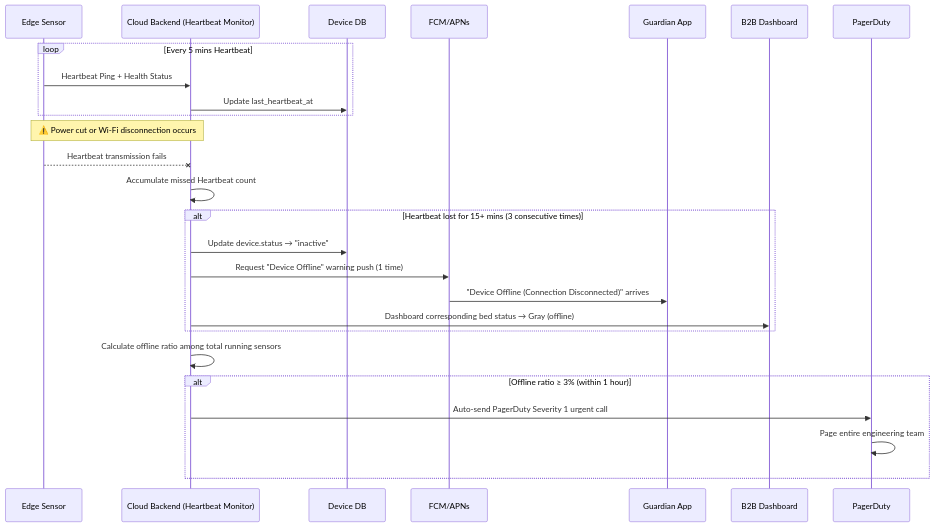
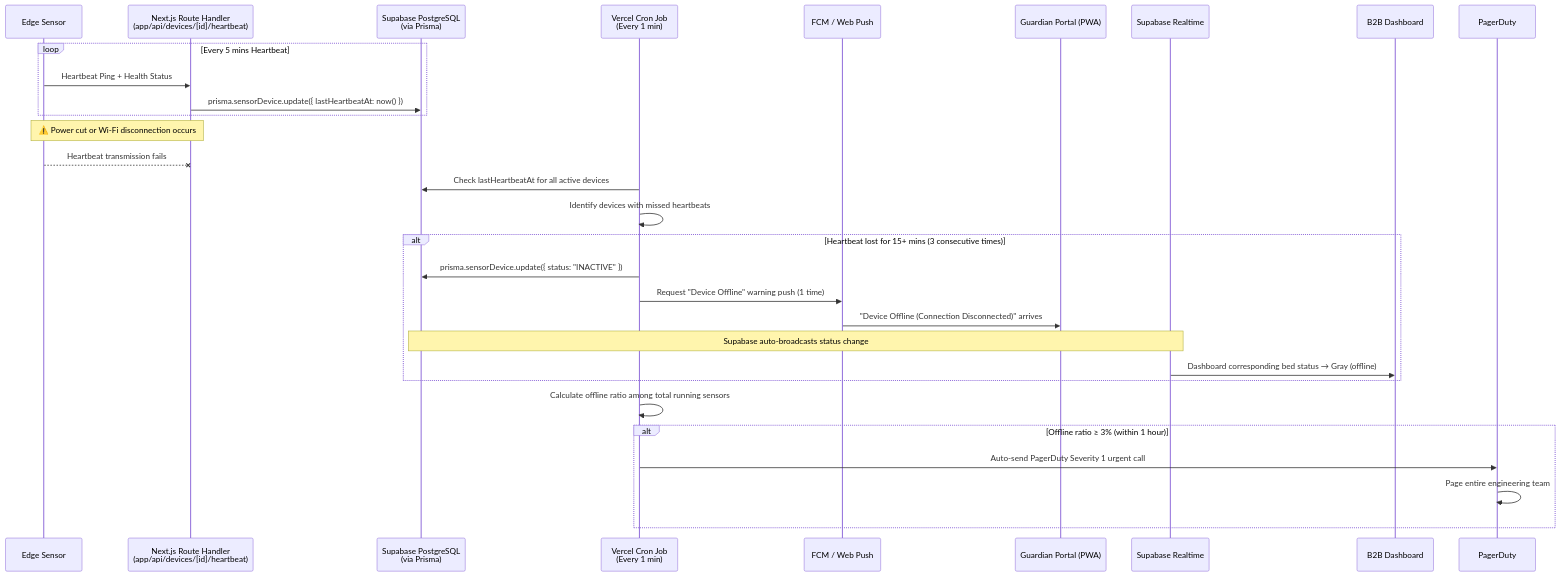
One commit to bugsmile/SRS-from-PRD_AmbieCARE changed the tenth of 11 diagrams in SRS-Draft/SRS_v01(ENG_OPUS).md. Above: the diagram before and after it, drawn with Mermaid. The commit also changed other lines of this file and 4 other files, not shown here.

````diff
--- a/SRS-Draft/SRS_v01(ENG_OPUS).md
+++ b/SRS-Draft/SRS_v01(ENG_OPUS).md
@@ -890,35 +1089,39 @@
 ```mermaid
 sequenceDiagram
     participant S as Edge Sensor
-    participant C as Cloud Backend (Heartbeat Monitor)
-    participant DB as Device DB
-    participant P as FCM/APNs
-    participant GA as Guardian App
+    participant API as Next.js Route Handler<br/>(app/api/devices/[id]/heartbeat)
+    participant DB as Supabase PostgreSQL<br/>(via Prisma)
+    participant CRON as Vercel Cron Job<br/>(Every 1 min)
+    participant PUSH as FCM / Web Push
+    participant PWA as Guardian Portal (PWA)
+    participant RT as Supabase Realtime
     participant D as B2B Dashboard
     participant PD as PagerDuty
 
     loop Every 5 mins Heartbeat
-        S->>C: Heartbeat Ping + Health Status
-        C->>DB: Update last_heartbeat_at
+        S->>API: Heartbeat Ping + Health Status
+        API->>DB: prisma.sensorDevice.update({ lastHeartbeatAt: now() })
     end
 
-    Note over S,C: ⚠️ Power cut or Wi-Fi disconnection occurs
+    Note over S,API: ⚠️ Power cut or Wi-Fi disconnection occurs
 
-    S--xC: Heartbeat transmission fails
+    S--xAPI: Heartbeat transmission fails
 
-    C->>C: Accumulate missed Heartbeat count
+    CRON->>DB: Check lastHeartbeatAt for all active devices
+    CRON->>CRON: Identify devices with missed heartbeats
 
     alt Heartbeat lost for 15+ mins (3 consecutive times)
-        C->>DB: Update device.status → "inactive"
-        C->>P: Request "Device Offline" warning push (1 time)
-        P->>GA: "Device Offline (Connection Disconnected)" arrives
-        C->>D: Dashboard corresponding bed status → Gray (offline)
+        CRON->>DB: prisma.sensorDevice.update({ status: "INACTIVE" })
+        CRON->>PUSH: Request "Device Offline" warning push (1 time)
+        PUSH->>PWA: "Device Offline (Connection Disconnected)" arrives
+        Note over DB,RT: Supabase auto-broadcasts status change
+        RT->>D: Dashboard corresponding bed status → Gray (offline)
     end
 
-    C->>C: Calculate offline ratio among total running sensors
+    CRON->>CRON: Calculate offline ratio among total running sensors
 
     alt Offline ratio ≥ 3% (within 1 hour)
-        C->>PD: Auto-send PagerDuty Severity 1 urgent call
+        CRON->>PD: Auto-send PagerDuty Severity 1 urgent call
         PD->>PD: Page entire engineering team
     end
 ```
````
